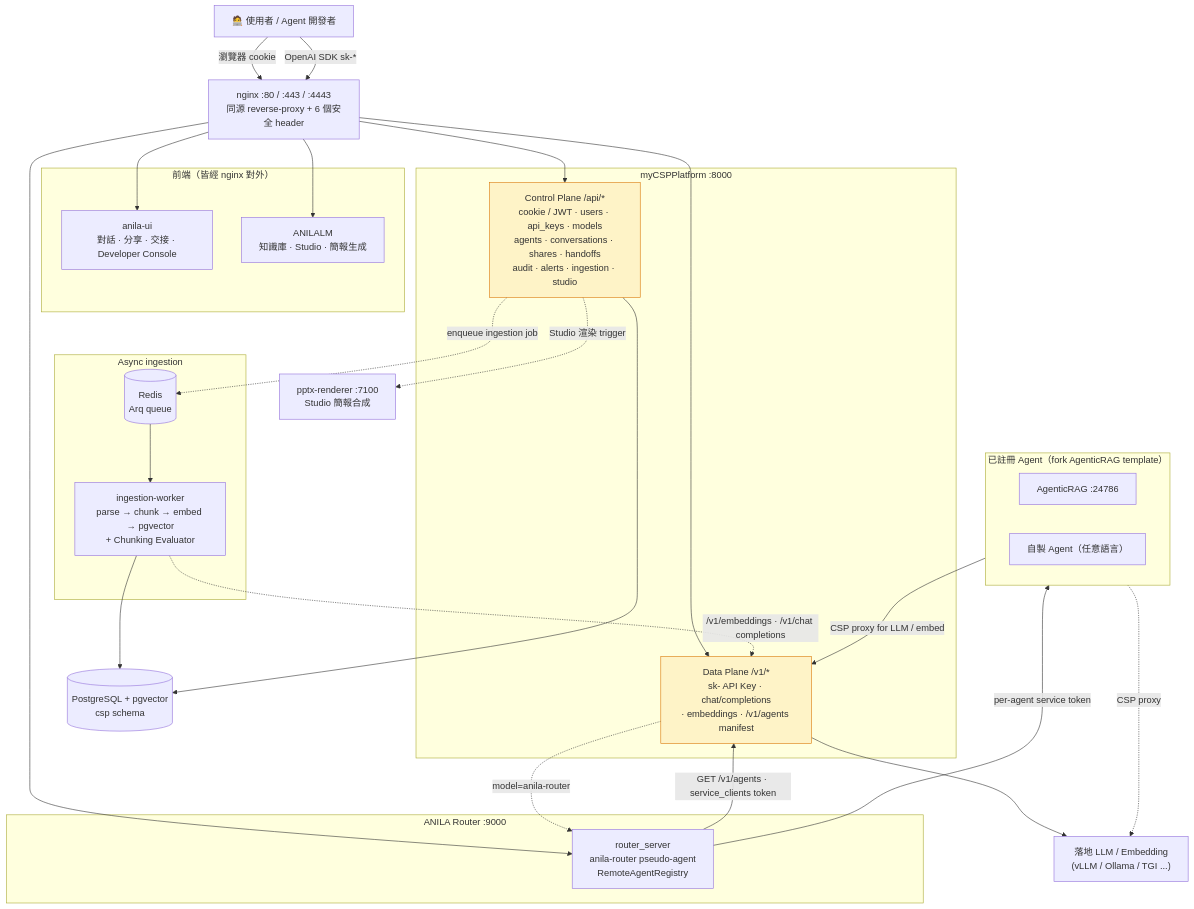
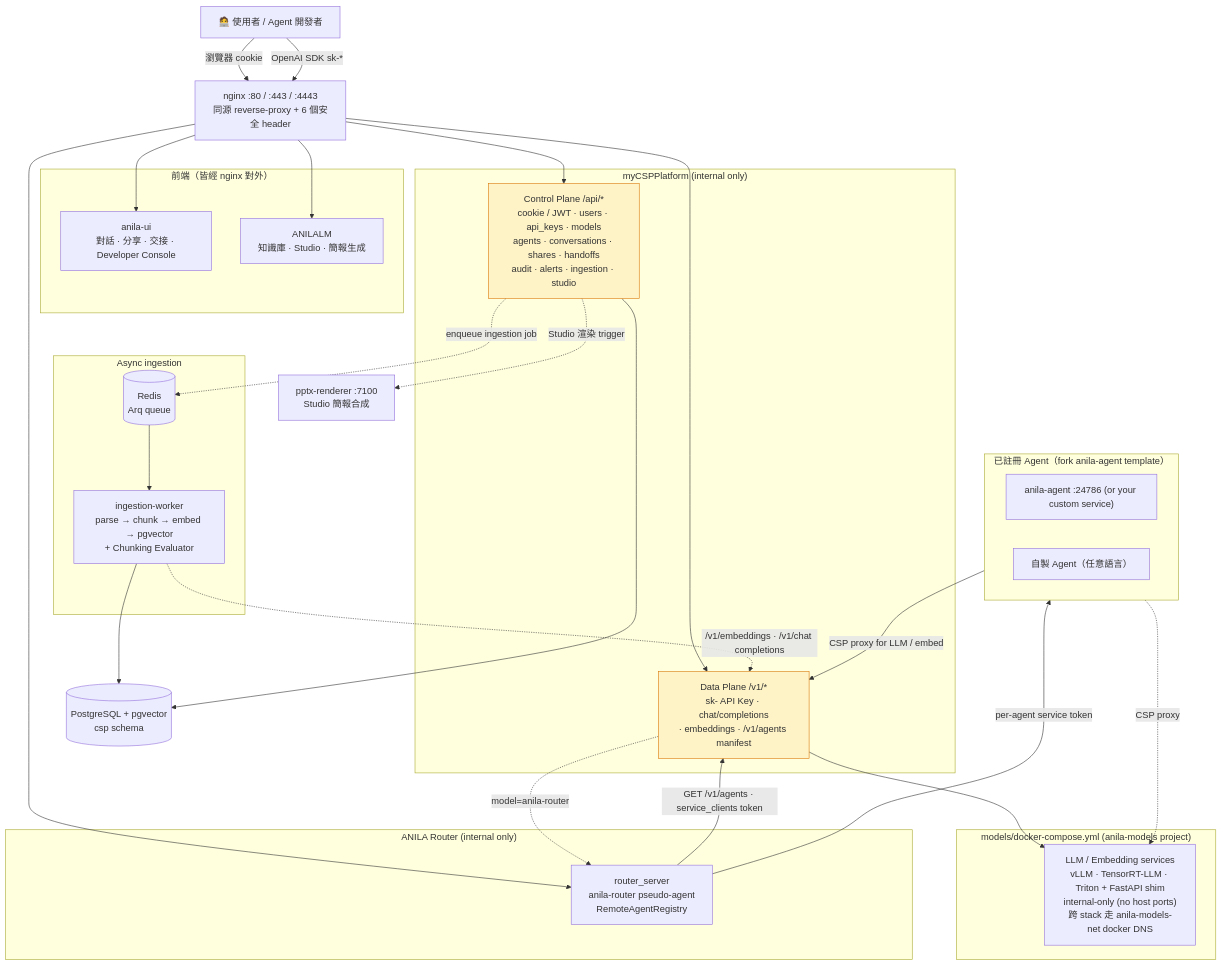
The diagram in README.md (zzw09773/ANILA), drawn with Mermaid before and after one commit. The commit also changed other lines of this file and 12 other files, not shown here.

````diff
--- a/README.md
+++ b/README.md
@@ -31,58 +31,61 @@
 ```mermaid
 flowchart TB
     users["🧑‍💻 使用者 / Agent 開發者"]
     nginx["nginx :80 / :443 / :4443<br/>同源 reverse-proxy + 6 個安全 header"]
 
     subgraph spas["前端（皆經 nginx 對外）"]
         anila_ui["anila-ui<br/>對話 · 分享 · 交接 · Developer Console"]
         anilalm["ANILALM<br/>知識庫 · Studio · 簡報生成"]
     end
 
-    subgraph csp["myCSPPlatform :8000"]
+    subgraph csp["myCSPPlatform (internal only)"]
         csp_ctrl["Control Plane /api/*<br/>cookie / JWT · users · api_keys · models<br/>agents · conversations · shares · handoffs<br/>audit · alerts · ingestion · studio"]
         csp_data["Data Plane /v1/*<br/>sk- API Key · chat/completions<br/>· embeddings · /v1/agents manifest"]
     end
 
-    subgraph router["ANILA Router :9000"]
+    subgraph router["ANILA Router (internal only)"]
         router_core["router_server<br/>anila-router pseudo-agent<br/>RemoteAgentRegistry"]
     end
 
-    subgraph agents["已註冊 Agent（fork AgenticRAG template）"]
-        rag["AgenticRAG :24786"]
+    subgraph agents["已註冊 Agent（fork anila-agent template）"]
+        rag["anila-agent :24786 (or your custom service)"]
         custom["自製 Agent（任意語言）"]
     end
 
     subgraph async["Async ingestion"]
         redis[("Redis<br/>Arq queue")]
         worker["ingestion-worker<br/>parse → chunk → embed → pgvector<br/>+ Chunking Evaluator"]
     end
 
+    subgraph models["models/docker-compose.yml (anila-models project)"]
+        llm["LLM / Embedding services<br/>vLLM · TensorRT-LLM · Triton + FastAPI shim<br/>internal-only (no host ports)<br/>跨 stack 走 anila-models-net docker DNS"]
+    end
+
     pptx["pptx-renderer :7100<br/>Studio 簡報合成"]
     db[("PostgreSQL + pgvector<br/>csp schema")]
-    llm["落地 LLM / Embedding<br/>(vLLM / Ollama / TGI ...)"]
 
     users -->|瀏覽器 cookie| nginx
     users -->|OpenAI SDK sk-*| nginx
     nginx --> anila_ui
     nginx --> anilalm
     nginx --> csp_ctrl
     nginx --> csp_data
     nginx --> router_core
 
     csp_data -.->|model=anila-router| router_core
     router_core -->|GET /v1/agents · service_clients token| csp_data
     router_core -->|per-agent service token| agents
     agents -->|CSP proxy for LLM / embed| csp_data
 
     csp_ctrl --> db
     csp_data --> llm
     csp_ctrl -.->|enqueue ingestion job| redis
     redis --> worker
     worker --> db
     worker -.->|/v1/embeddings · /v1/chat completions| csp_data
     csp_ctrl -.->|Studio 渲染 trigger| pptx
     agents -.CSP proxy.-> llm
 
     classDef plane fill:#fef3c7,stroke:#d97706
     class csp_ctrl,csp_data plane
 ```
````
